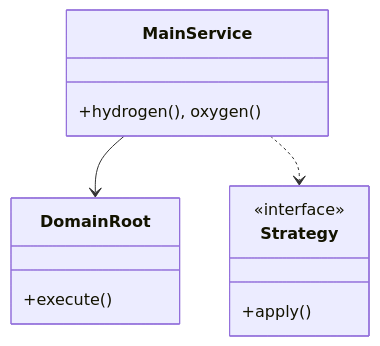
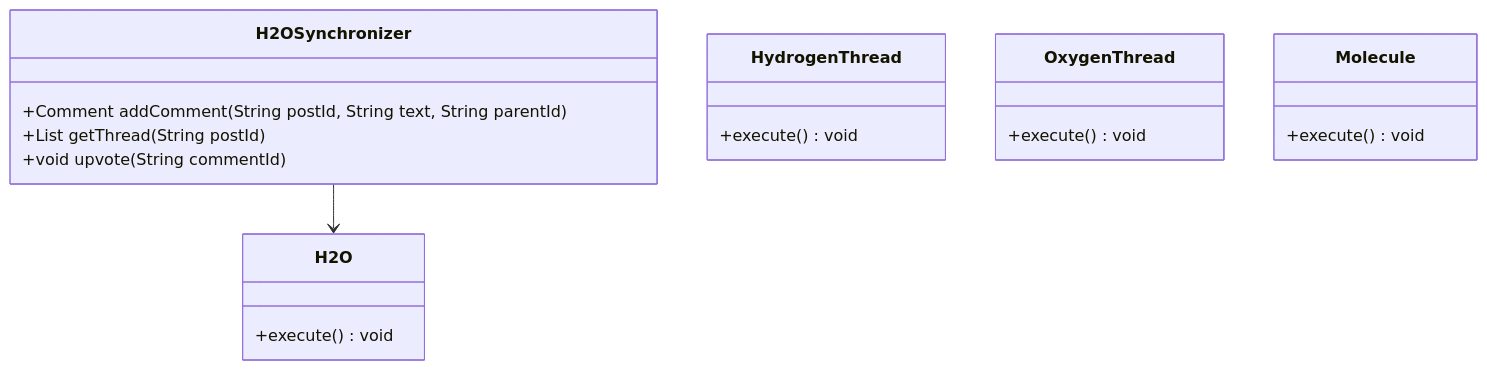
Before and after one commit to madhupaila/Interview-Prep-SSE: the first of 3 diagrams in Learn/System Design - Low Level Design/04-concurrency-lld/questions/Q10-h2o-barrier.md, drawn with Mermaid. The commit also changed other lines of this file and 491 other files, not shown here.

````diff
--- a/Learn/System Design - Low Level Design/04-concurrency-lld/questions/Q10-h2o-barrier.md
+++ b/Learn/System Design - Low Level Design/04-concurrency-lld/questions/Q10-h2o-barrier.md
@@ -72,15 +92,21 @@
 ```mermaid
 classDiagram
-    class MainService {
-        +hydrogen(), oxygen()
+    class H2OSynchronizer {
+        +Comment addComment(String postId, String text, String parentId)
+        +List<Comment> getThread(String postId)
+        +void upvote(String commentId)
     }
-    class DomainRoot {
-        +execute()
+    class H2O {
+        +execute() void
     }
-    class Strategy {
-        <<interface>>
-        +apply()
+    class HydrogenThread {
+        +execute() void
     }
-    MainService --> DomainRoot
-    MainService ..> Strategy
+    class OxygenThread {
+        +execute() void
+    }
+    class Molecule {
+        +execute() void
+    }
+    H2OSynchronizer --> H2O
 ```
````
